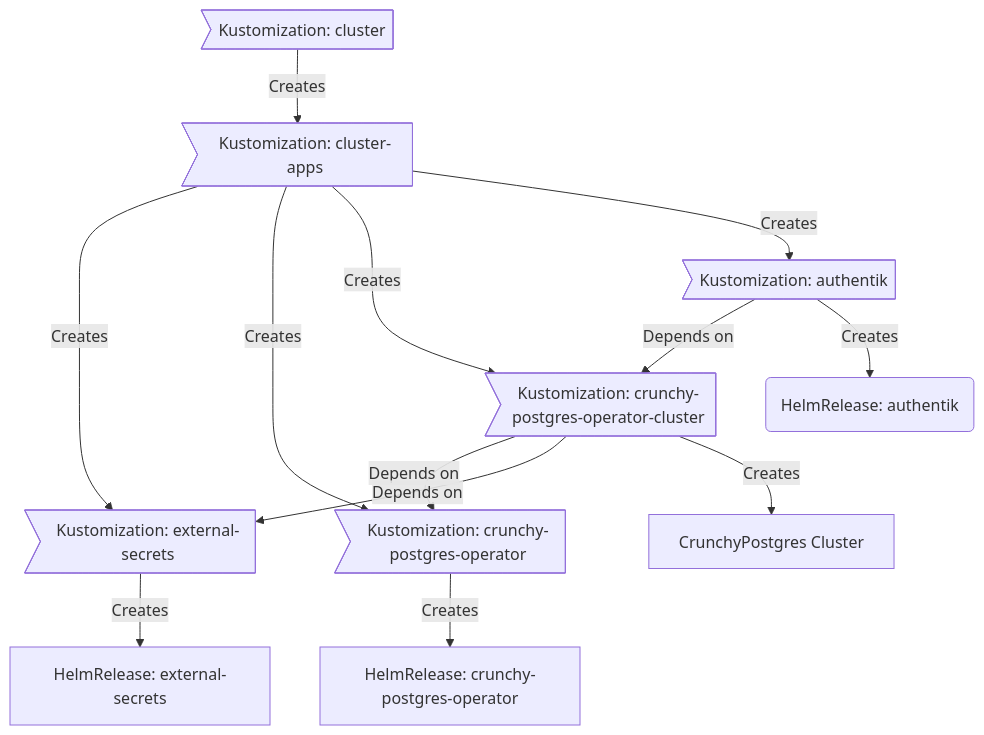
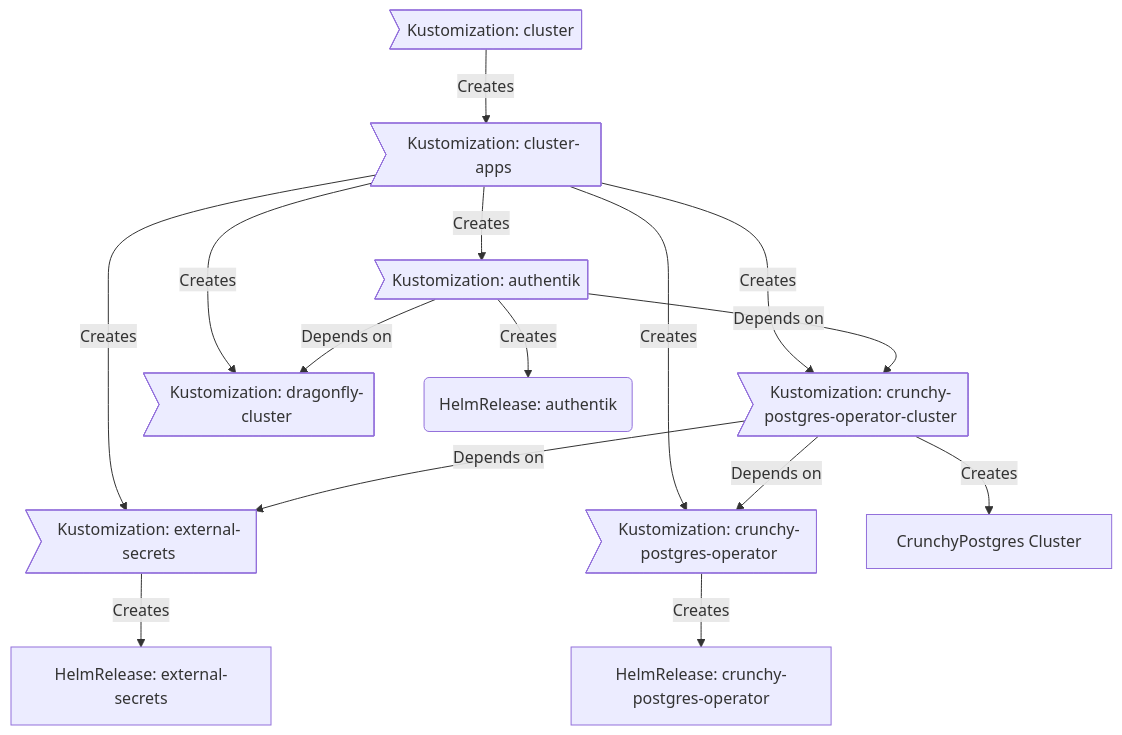
Before and after one commit to ekenheim/home-ops-upgrade: the diagram in README.md, drawn with Mermaid. The commit also changed other lines of this file and 1 other file, not shown here.

First line of the commit message:
docs: refresh README and AGENTS.md to the current cluster

````diff
--- a/README.md
+++ b/README.md
@@ -103,15 +108,17 @@
 ```mermaid
 graph TD;
   id1>Kustomization: cluster] -->|Creates| id2>Kustomization: cluster-apps];
   id2>Kustomization: cluster-apps] -->|Creates| id3>Kustomization: external-secrets];
   id2>Kustomization: cluster-apps] -->|Creates| id4>Kustomization: crunchy-postgres-operator];
   id2>Kustomization: cluster-apps] -->|Creates| id6>Kustomization: crunchy-postgres-operator-cluster];
+  id2>Kustomization: cluster-apps] -->|Creates| id11>Kustomization: dragonfly-cluster];
   id2>Kustomization: cluster-apps] -->|Creates| id8>Kustomization: authentik];
   id3>Kustomization: external-secrets] -->|Creates| id5[HelmRelease: external-secrets];
   id4>Kustomization: crunchy-postgres-operator] -->|Creates| id7[HelmRelease: crunchy-postgres-operator];
   id6>Kustomization: crunchy-postgres-operator-cluster] -->|Depends on| id4>Kustomization: crunchy-postgres-operator];
   id6>Kustomization: crunchy-postgres-operator-cluster] -->|Depends on| id3>Kustomization: external-secrets];
   id6>Kustomization: crunchy-postgres-operator-cluster] -->|Creates| id9[CrunchyPostgres Cluster];
   id8>Kustomization: authentik] -->|Depends on| id6>Kustomization: crunchy-postgres-operator-cluster];
+  id8>Kustomization: authentik] -->|Depends on| id11>Kustomization: dragonfly-cluster];
   id8>Kustomization: authentik] -->|Creates| id10(HelmRelease: authentik);
 ```
````
